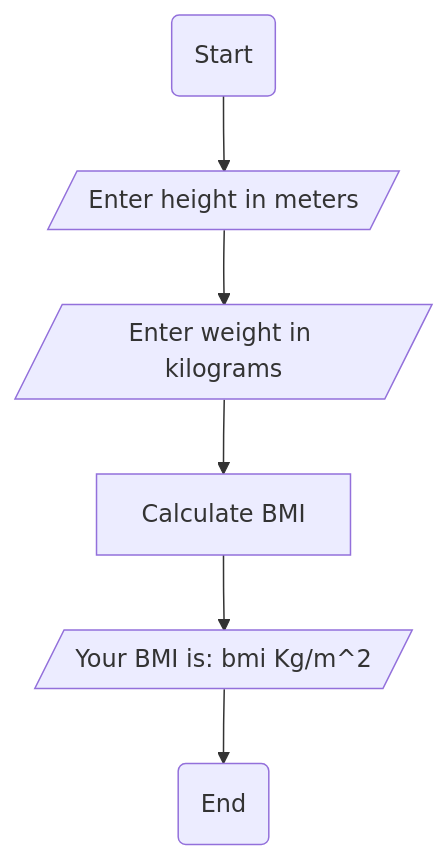
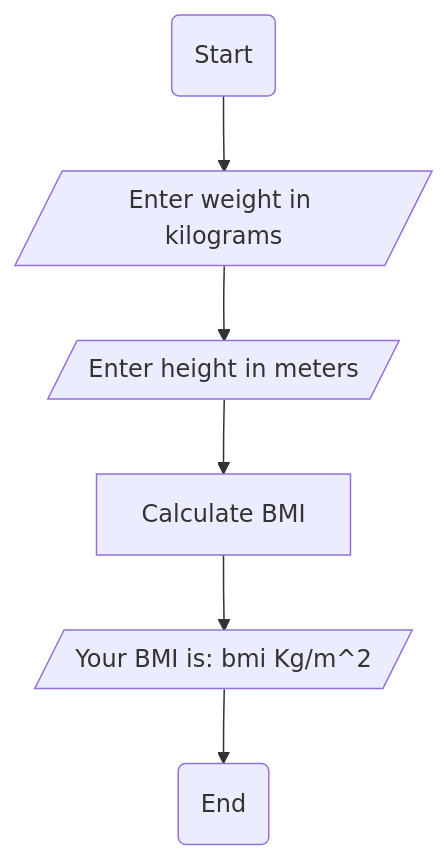
Before and after one commit to SWEG-2015EC-Batch/Code-Warrior: the diagram in ETS1343_15_WENDMAGEGN_TAJURA/#1.md, drawn with Mermaid. The commit also changed other lines of this file, not shown here.

````diff
--- a/ETS1343_15_WENDMAGEGN_TAJURA/#1.md
+++ b/ETS1343_15_WENDMAGEGN_TAJURA/#1.md
@@ -5,7 +4,7 @@
 ```mermaid 
 flowchart
-    A(Start) --> B[/Enter height in meters/] --> C[/Enter weight in kilograms/]
+    A(Start) --> B[/Enter weight in kilograms/] --> C[/Enter height in meters/]
     C --> D[Calculate BMI]
     D --> E[/Your BMI is: bmi Kg/m^2/]
     E --> F(End)
 ```
````
